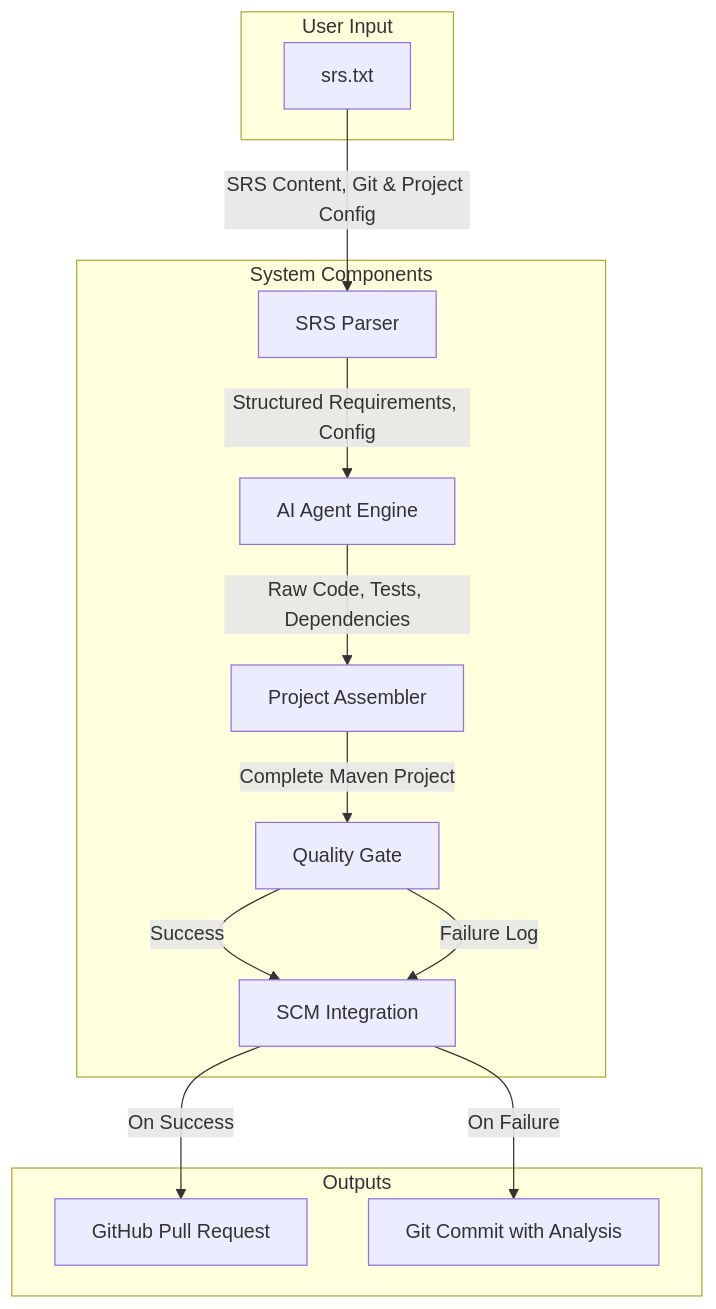
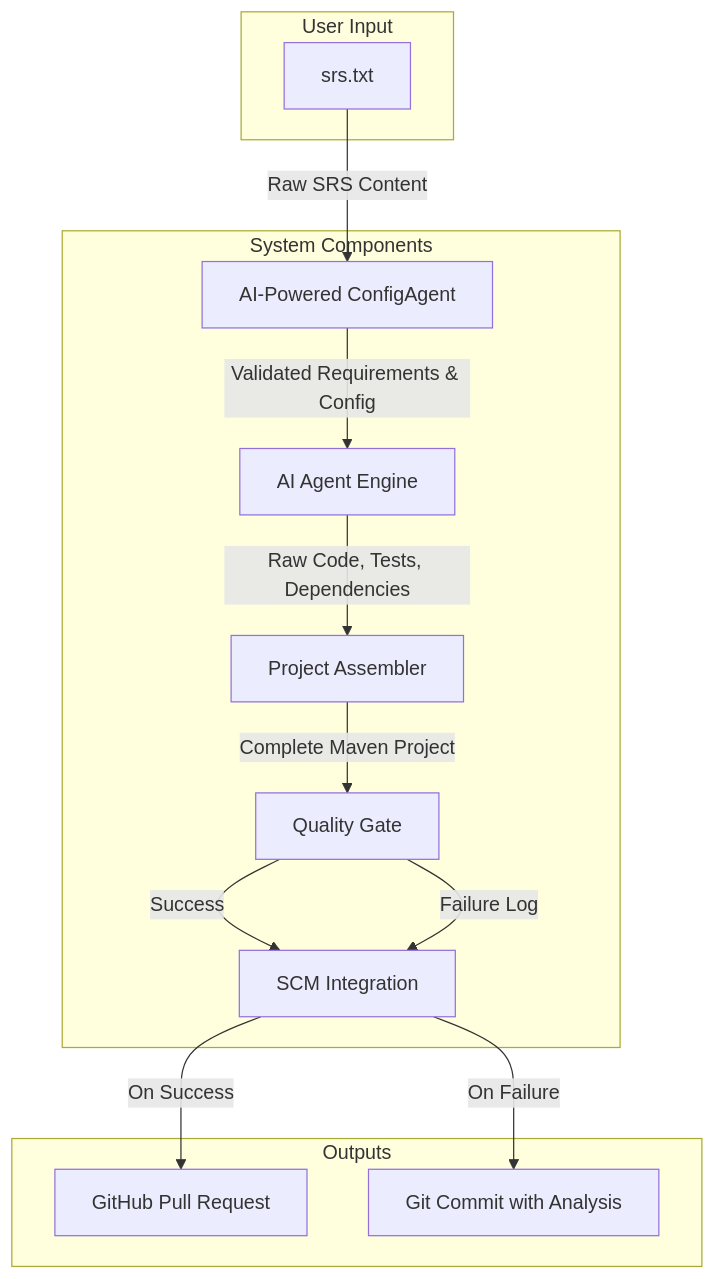
The second of 3 diagrams in AdkSdlcWorkflow_Design_Document.md (msn5566/ADKFramework), drawn with Mermaid before and after one commit. The commit also changed other lines of this file and 1 other file, not shown here.

````diff
--- a/AdkSdlcWorkflow_Design_Document.md
+++ b/AdkSdlcWorkflow_Design_Document.md
@@ -41,28 +41,28 @@
 ```mermaid
 graph TD
     subgraph User Input
         SRS[srs.txt]
     end
 
     subgraph System Components
-        Parser[SRS Parser]
+        ConfigAgent[AI-Powered ConfigAgent]
         AIEngine[AI Agent Engine]
         Assembler[Project Assembler]
         QualityGate[Quality Gate]
         Git[SCM Integration]
     end
 
     subgraph Outputs
         PR[GitHub Pull Request]
         FailedCommit[Git Commit with Analysis]
     end
 
-    SRS --> |"SRS Content, Git & Project Config"| Parser
-    Parser --> |"Structured Requirements, Config"| AIEngine
+    SRS --> |"Raw SRS Content"| ConfigAgent
+    ConfigAgent --> |"Validated Requirements & Config"| AIEngine
     AIEngine --> |"Raw Code, Tests, Dependencies"| Assembler
     Assembler --> |"Complete Maven Project"| QualityGate
     QualityGate --> |"Success"| Git
     QualityGate --> |"Failure Log"| Git
     Git -- On Success --> PR
     Git -- On Failure --> FailedCommit
 ```
````
